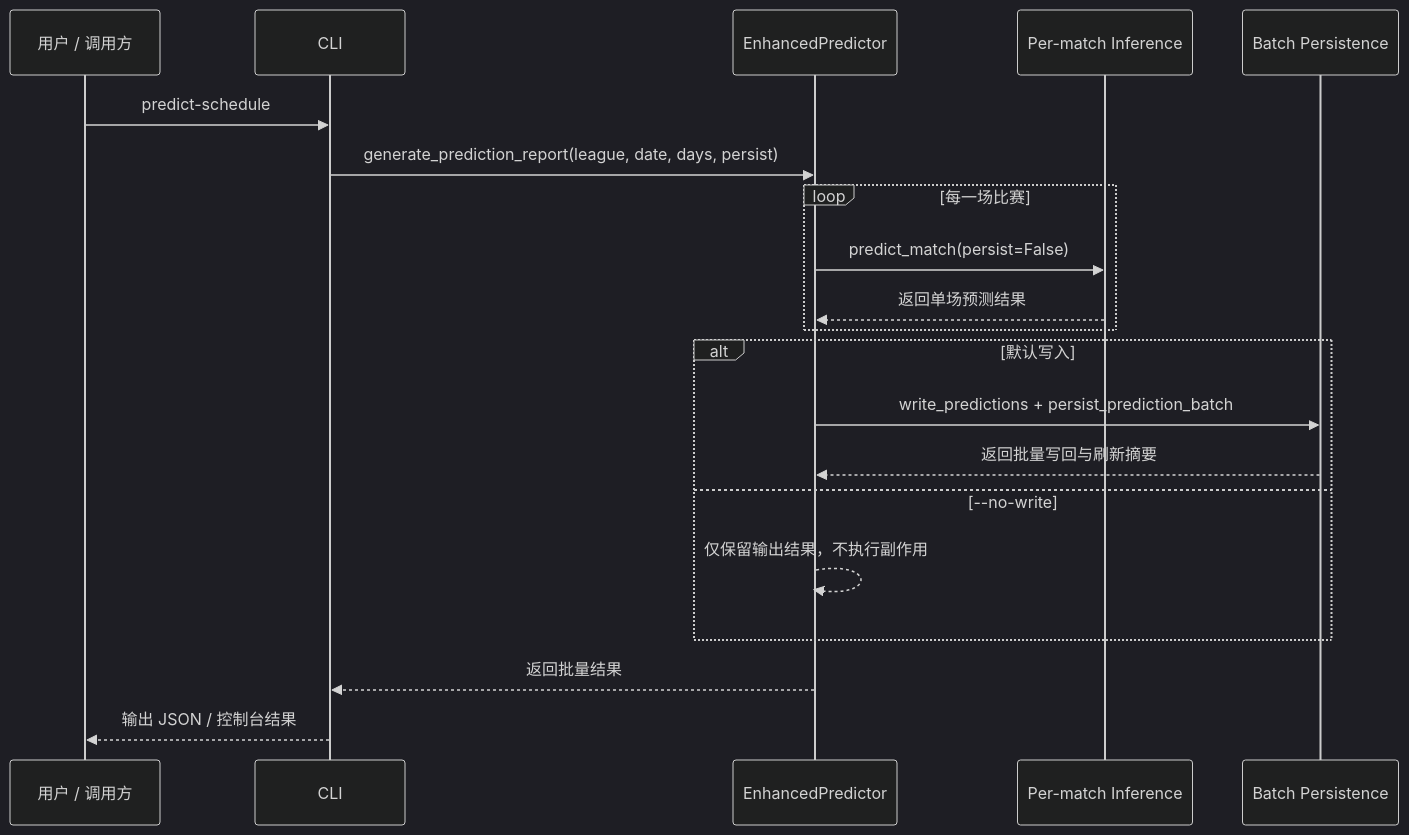
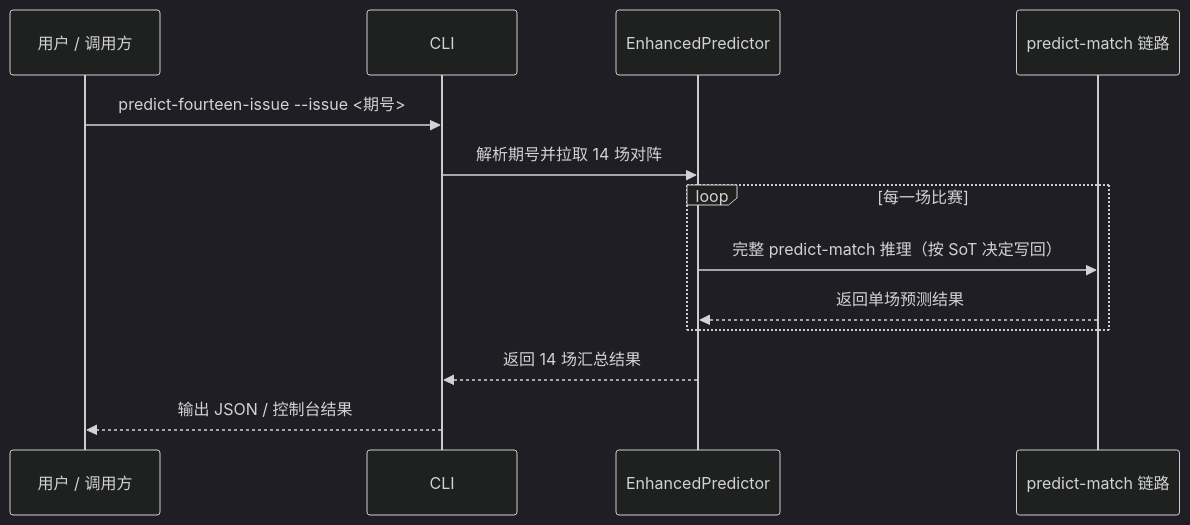
One commit to LorenJun/trae_projects changed the sixth of 8 diagrams in docs/examples/europe_leagues_full_workflow_feishu.md. Above: the diagram before and after it, drawn with Mermaid (dark theme). The commit also changed other lines of this file and 37 other files, not shown here.

````diff
--- a/docs/examples/europe_leagues_full_workflow_feishu.md
+++ b/docs/examples/europe_leagues_full_workflow_feishu.md
@@ -505,23 +474,16 @@
 ```mermaid
 sequenceDiagram
     participant U as 用户 / 调用方
     participant CLI as CLI
     participant EP as EnhancedPredictor
-    participant PM as Per-match Inference
-    participant BP as Batch Persistence
+    participant PM as predict-match 链路
 
-    U->>CLI: predict-schedule
-    CLI->>EP: generate_prediction_report(league, date, days, persist)
+    U->>CLI: predict-fourteen-issue --issue <期号>
+    CLI->>EP: 解析期号并拉取 14 场对阵
     loop 每一场比赛
-        EP->>PM: predict_match(persist=False)
+        EP->>PM: 完整 predict-match 推理（按 SoT 决定写回）
         PM-->>EP: 返回单场预测结果
     end
-    alt 默认写入
-        EP->>BP: write_predictions + persist_prediction_batch
-        BP-->>EP: 返回批量写回与刷新摘要
-    else --no-write
-        EP-->>EP: 仅保留输出结果，不执行副作用
-    end
-    EP-->>CLI: 返回批量结果
+    EP-->>CLI: 返回 14 场汇总结果
     CLI-->>U: 输出 JSON / 控制台结果
 ```
````
